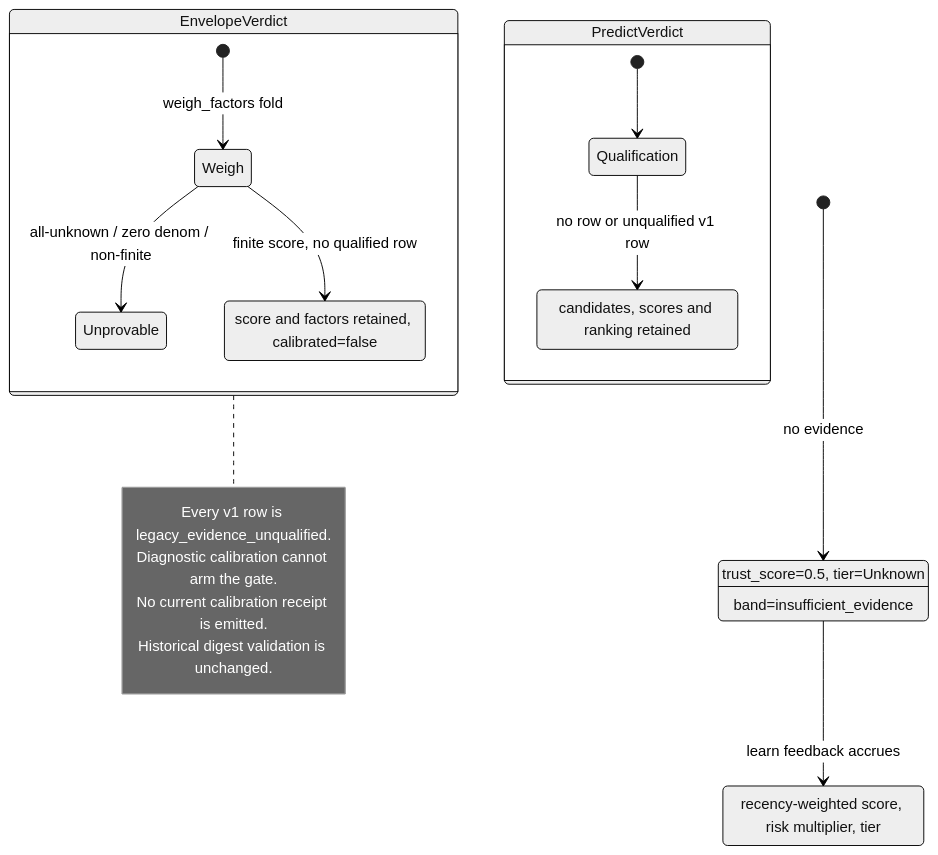
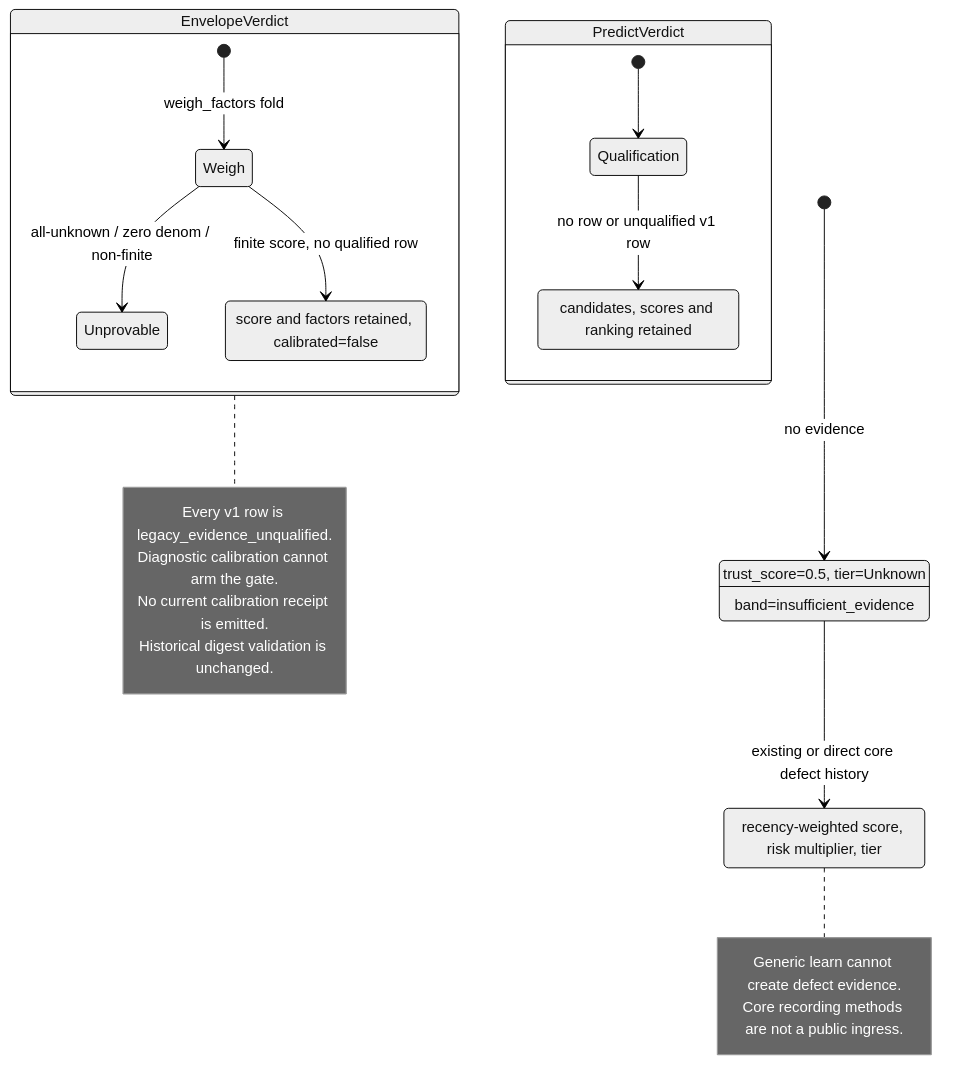
Before and after one commit to maxkle1nz/m1nd: the third of 3 diagrams in docs/uml/trust-calibration.md, drawn with Mermaid (neutral theme). The commit also changed other lines of this file and 36 other files, not shown here.

First line of the commit message:
fix: separate relevance feedback from verified evidence (#580)

````diff
--- a/docs/uml/trust-calibration.md
+++ b/docs/uml/trust-calibration.md
@@ -141,28 +144,32 @@
 ```mermaid
 stateDiagram-v2
     [*] --> ColdStart : no evidence
     ColdStart : trust_score=0.5, tier=Unknown
     ColdStart : band=insufficient_evidence
-    ColdStart --> Evidenced : learn feedback accrues
+    ColdStart --> Evidenced : existing or direct core defect history
+    note right of Evidenced
+        Generic learn cannot create defect evidence.
+        Core recording methods are not a public ingress.
+    end note
     Evidenced : recency-weighted score, risk multiplier, tier
 
     state PredictVerdict {
         [*] --> Qualification
         Qualification --> AbstainAll : no row or unqualified v1 row
         AbstainAll : candidates, scores and ranking retained
     }
 
     state EnvelopeVerdict {
         [*] --> Weigh : weigh_factors fold
         Weigh --> Unprovable : all-unknown / zero denom / non-finite
         Weigh --> CappedReverify : finite score, no qualified row
         CappedReverify : score and factors retained, calibrated=false
     }
 
     note right of EnvelopeVerdict
         Every v1 row is legacy_evidence_unqualified.
         Diagnostic calibration cannot arm the gate.
         No current calibration receipt is emitted.
         Historical digest validation is unchanged.
     end note
 ```
````
